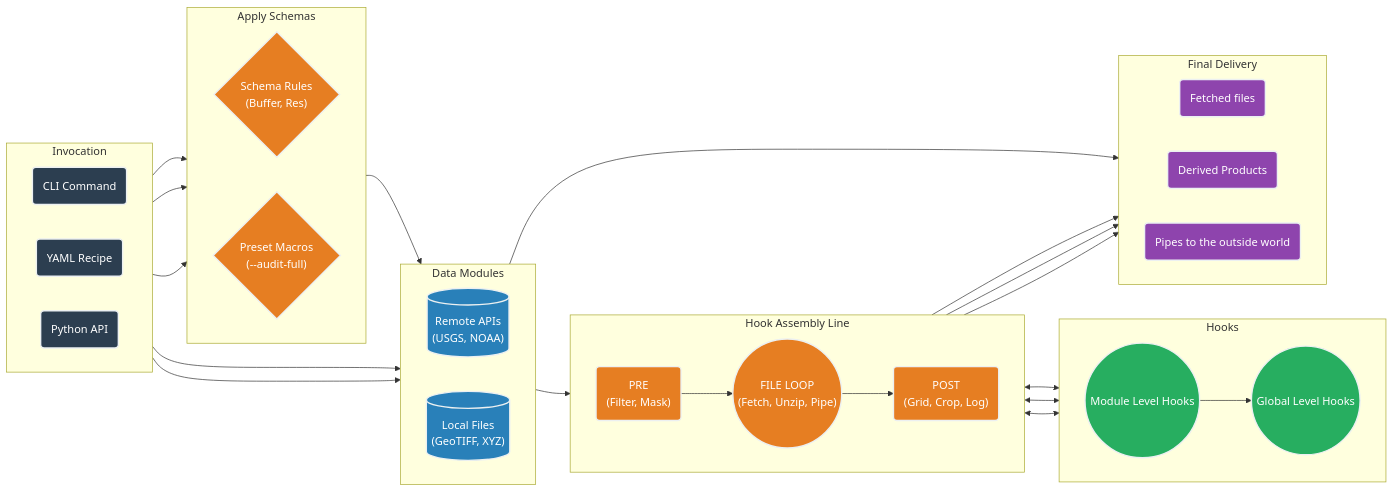
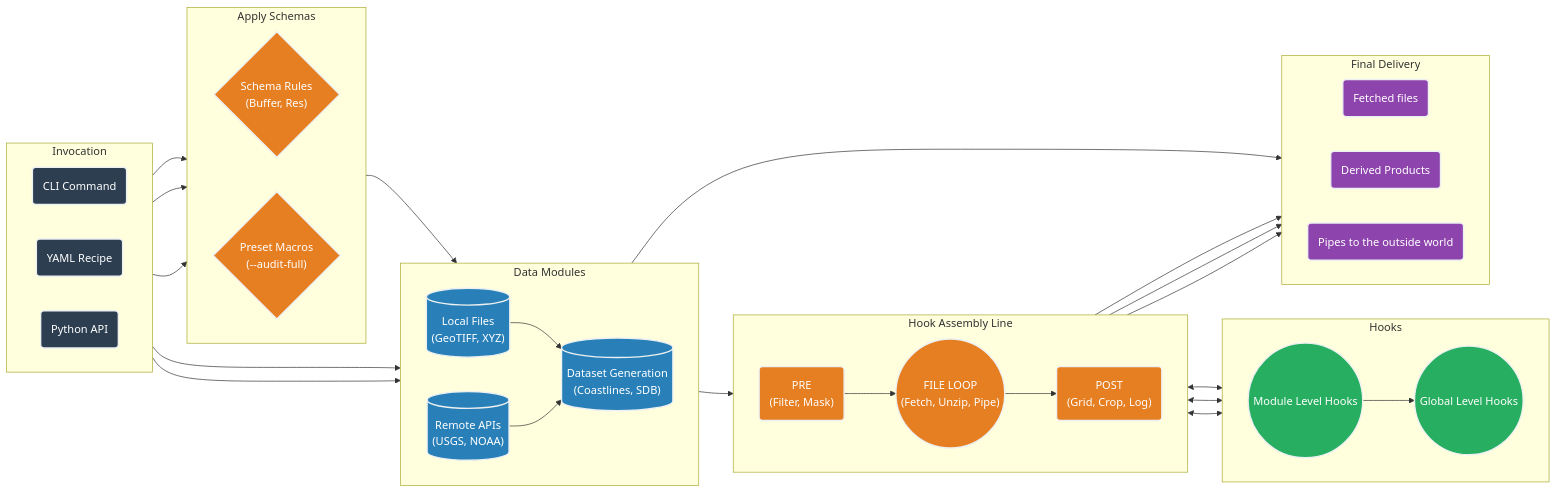
The diagram in README.md (continuous-dems/fetchez), drawn with Mermaid before and after one commit.

Commit message:
mermaid test

````diff
--- a/README.md
+++ b/README.md
@@ -17,70 +17,73 @@
 ```mermaid
 flowchart LR
     %% Custom Styling
     classDef input fill:#2c3e50,stroke:#ecf0f1,stroke-width:2px,color:#fff,rx:5px,ry:5px;
     classDef engine fill:#e67e22,stroke:#ecf0f1,stroke-width:2px,color:#fff,rx:5px,ry:5px;
     classDef module fill:#2980b9,stroke:#ecf0f1,stroke-width:2px,color:#fff,rx:5px,ry:5px;
     classDef hook fill:#27ae60,stroke:#ecf0f1,stroke-width:2px,color:#fff,rx:5px,ry:5px;
     classDef output fill:#8e44ad,stroke:#ecf0f1,stroke-width:2px,color:#fff,rx:5px,ry:5px;
 
     subgraph Inputs ["Invocation"]
         direction LR
         CLI("CLI Command"):::input
         Recipe("YAML Recipe"):::input
         API("Python API"):::input
     end
 
     subgraph Schemas ["Apply Schemas"]
         direction LR
         Schema{"Schema Rules<br/>(Buffer, Res)"}:::engine
         Presets{"Preset Macros<br/>(--audit-full)"}:::engine
     end
 
     subgraph Sources ["Data Modules"]
         direction LR
         Remote[("Remote APIs<br/>(USGS, NOAA)")]:::module
         Local[("Local Files<br/>(GeoTIFF, XYZ)")]:::module
+		Tools[("Dataset Generation<br/>(Coastlines, SDB)")]:::module
+
+		Local --> Tools
+        Remote --> Tools
     end
 
 
     subgraph Pipeline ["Hook Assembly Line"]
         direction LR
         Pre("PRE<br/>(Filter, Mask)"):::engine
         File(("FILE LOOP<br/>(Fetch, Unzip, Pipe)")):::engine
         Post("POST<br/>(Grid, Crop, Log)"):::engine
 
         Pre-->File
         File-->Post
-
     end
 
     subgraph Out ["Final Delivery"]
         direction LR
         Files("Fetched files"):::output
         Products("Derived Products"):::output
         Pipes("Pipes to the outside world"):::output
     end
 
     subgraph Hooks ["Hooks"]
         direction LR
         ModuleLevelHooks(("Module Level Hooks")):::hook
         GlobalLevelHooks(("Global Level Hooks")):::hook
         ModuleLevelHooks-->GlobalLevelHooks
     end
 
     %% Connections
     CLI --> Sources
     CLI --> Schemas
     API --> Sources
     Recipe --> Schemas
     API --> Schemas
     Schemas --> Sources
     Sources --> Pipeline
 	Sources --> Out
     Pre <--> Hooks
     Pre --> Out
     File <--> Hooks
     File --> Out
     Post <--> Hooks
     Post --> Out
 ```
````
